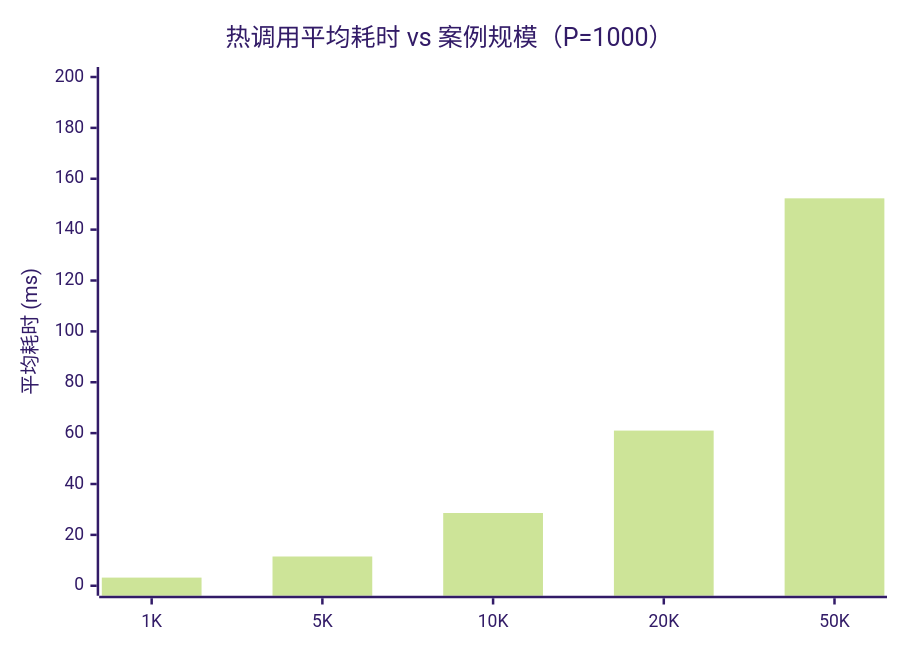
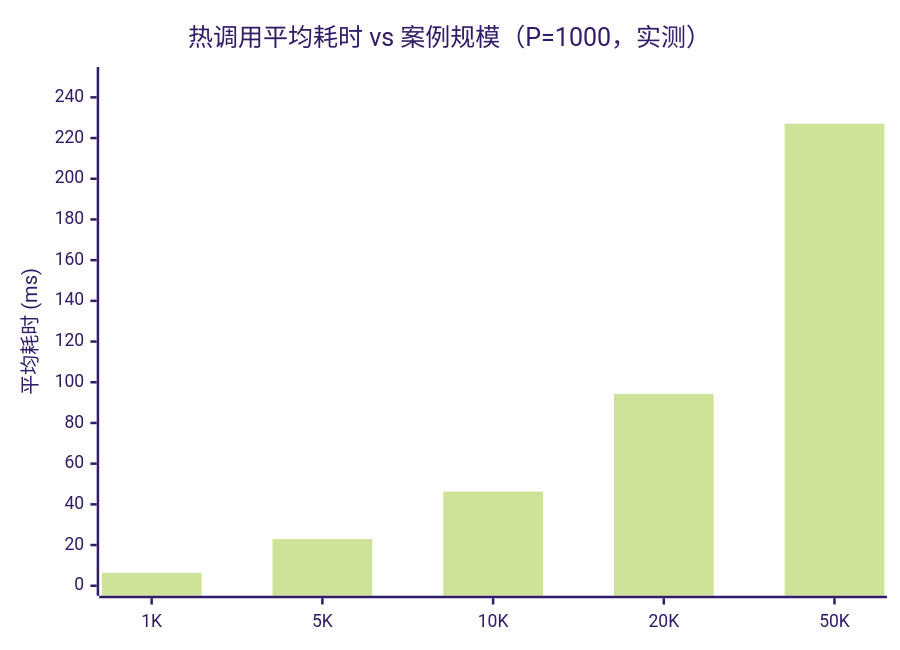
One commit to IvyCloudy/workbench changed the sixth of 7 diagrams in docs/创新方案-关联案例(Point-Case-Linker).md. Above: the diagram before and after it, drawn with Mermaid (forest theme). The commit also changed other lines of this file, not shown here.

````diff
--- a/docs/创新方案-关联案例(Point-Case-Linker).md
+++ b/docs/创新方案-关联案例(Point-Case-Linker).md
@@ -191,7 +284,7 @@
 ```mermaid
 xychart-beta
-    title "热调用平均耗时 vs 案例规模（P=1000）"
+    title "热调用平均耗时 vs 案例规模（P=1000，实测）"
     x-axis ["1K", "5K", "10K", "20K", "50K"]
-    y-axis "平均耗时 (ms)" 0 --> 200
-    bar [3.2, 11.5, 28.6, 61.0, 152.3]
+    y-axis "平均耗时 (ms)" 0 --> 250
+    bar [6.33, 22.94, 46.28, 94.30, 227.08]
 ```
````
